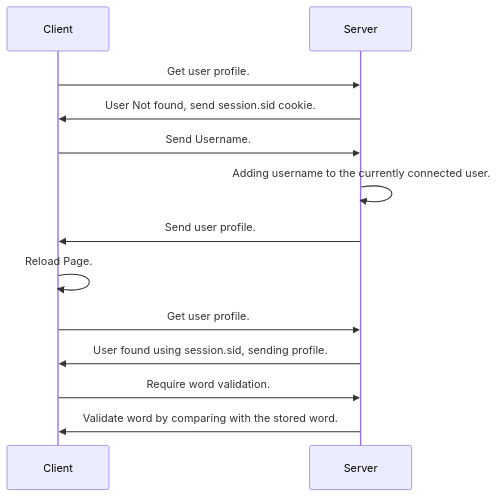
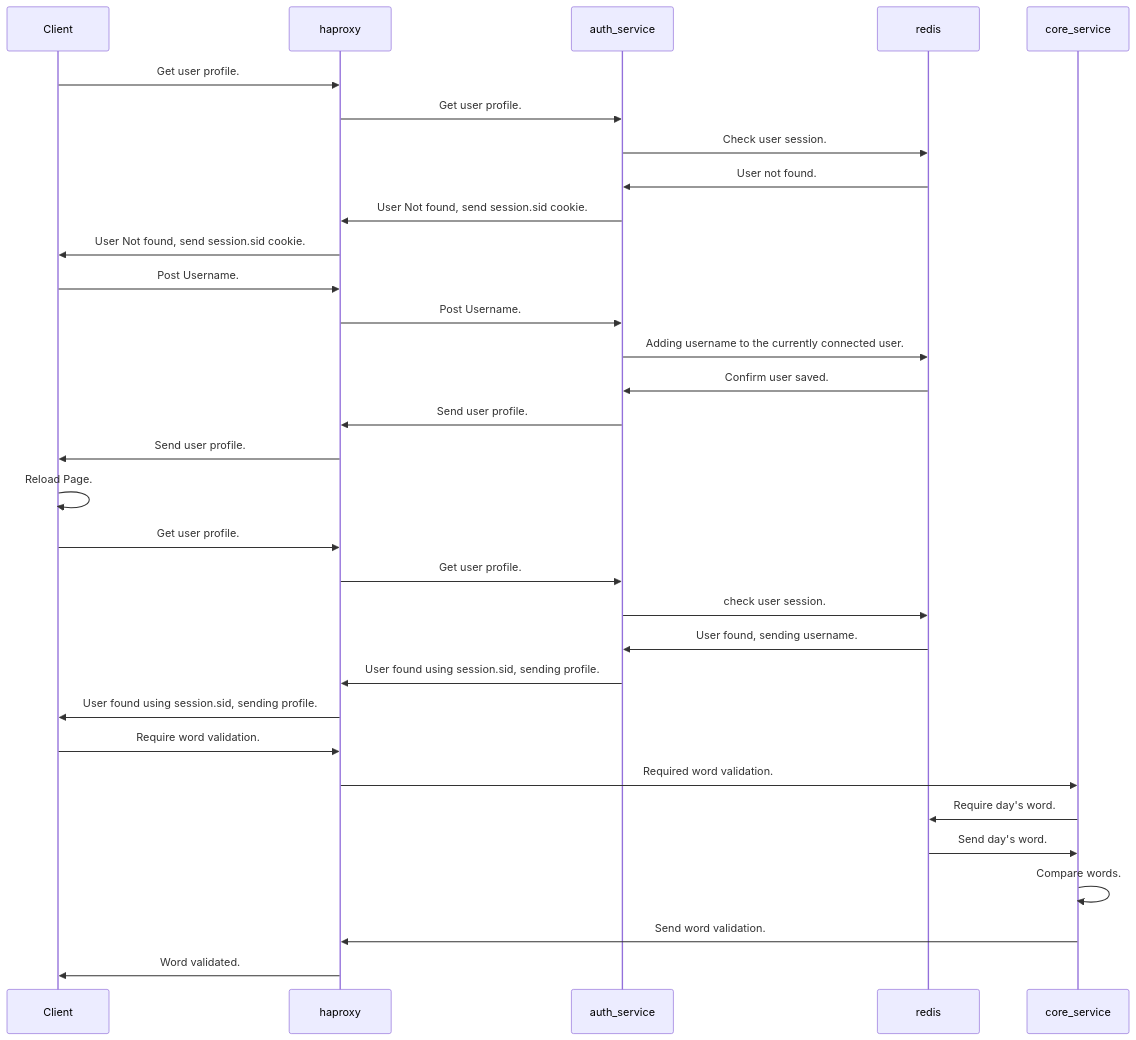
The diagram in README.md (rossman-x/cy-ms), drawn with Mermaid before and after one commit.

````diff
--- a/README.md
+++ b/README.md
@@ -1,13 +1,29 @@
 ```mermaid
 sequenceDiagram
-    Client->>Server: Get user profile.
-    Server->>Client: User Not found, send session.sid cookie.
-    Client->>Server: Send Username.
-    Server->>Server: Adding username to the currently connected user.
-    Server->>Client: Send user profile.
+    Client->>haproxy: Get user profile.
+    haproxy->>auth_service: Get user profile.
+    auth_service->>redis: Check user session.
+    redis->>auth_service: User not found.
+    auth_service->>haproxy: User Not found, send session.sid cookie.
+    haproxy->>Client: User Not found, send session.sid cookie.
+    Client->>haproxy: Post Username.
+    haproxy->>auth_service: Post Username.
+    auth_service->>redis: Adding username to the currently connected user.
+    redis->>auth_service: Confirm user saved.
+    auth_service->>haproxy:  Send user profile.
+    haproxy->>Client: Send user profile.
     Client->>Client: Reload Page.
-    Client->>Server: Get user profile.
-    Server->>Client: User found using session.sid, sending profile.
-    Client->>Server: Require word validation.
-    Server->>Client: Validate word by comparing with the stored word.
+    Client->>haproxy: Get user profile.
+    haproxy->>auth_service: Get user profile.
+    auth_service->>redis: check user session.
+    redis->>auth_service: User found, sending username.
+    auth_service->>haproxy: User found using session.sid, sending profile.
+    haproxy->>Client: User found using session.sid, sending profile.
+    Client->>haproxy: Require word validation.
+    haproxy->>core_service: Required word validation.
+    core_service->>redis: Require day's word.
+    redis->>core_service: Send day's word.
+    core_service->>core_service: Compare words.
+    core_service->>haproxy: Send word validation.
+    haproxy->>Client: Word validated.
 ```
````
